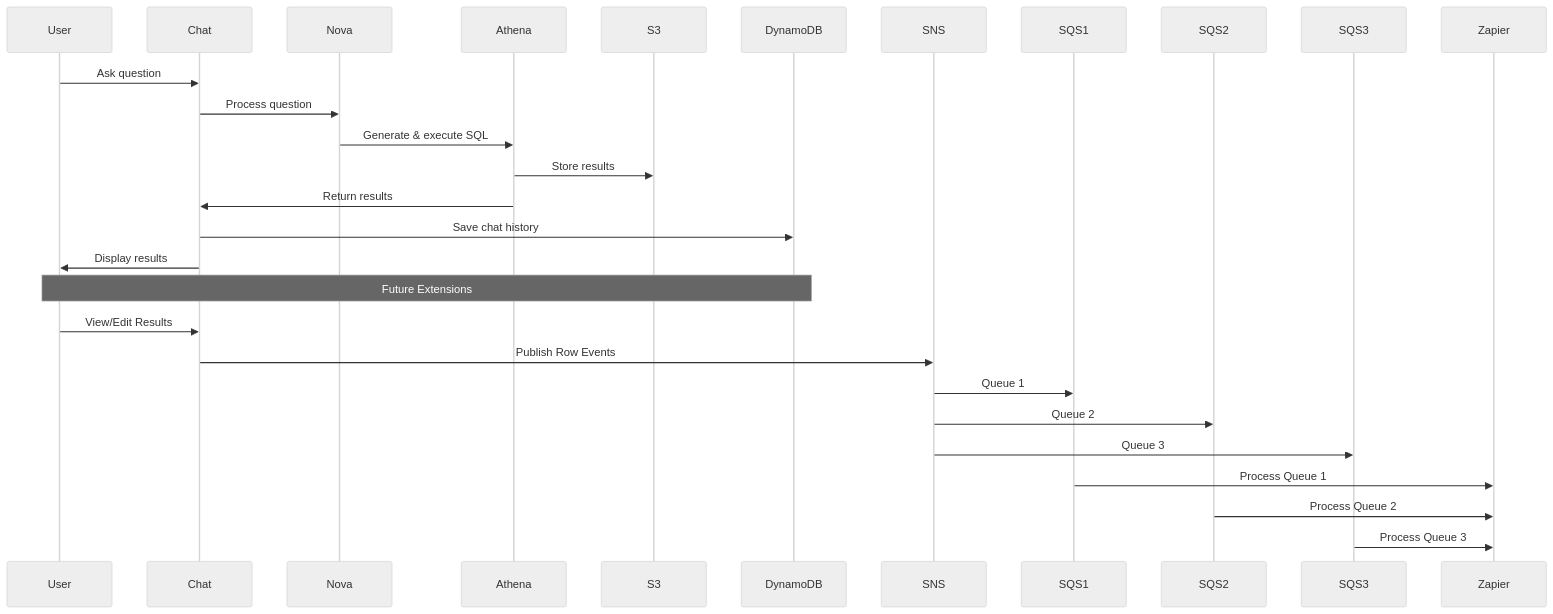
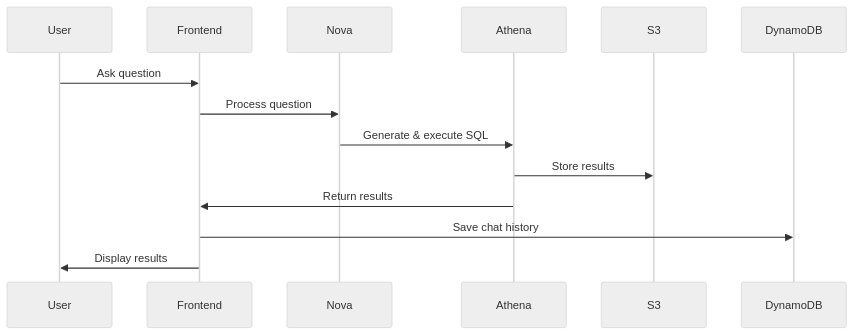
One commit to richardstanley/aws-bedrock changed the eighth of 8 diagrams in PROPOSAL.md. Above: the diagram before and after it, drawn with Mermaid (neutral theme). The commit also changed other lines of this file and 2 other files, not shown here.

````diff
--- a/PROPOSAL.md
+++ b/PROPOSAL.md
@@ -28,27 +294,17 @@
 ```mermaid
 sequenceDiagram
     participant User
-    participant Chat
+    participant Frontend
     participant Nova
     participant Athena
     participant S3
     participant DynamoDB
 
-    User->>Chat: Ask question
-    Chat->>Nova: Process question
+    User->>Frontend: Ask question
+    Frontend->>Nova: Process question
     Nova->>Athena: Generate & execute SQL
     Athena->>S3: Store results
-    Athena->>Chat: Return results
-    Chat->>DynamoDB: Save chat history
-    Chat->>User: Display results
-
-    Note over User, DynamoDB: Future Extensions
-    User->>Chat: View/Edit Results
-    Chat->>SNS: Publish Row Events
-    SNS->>SQS1: Queue 1
-    SNS->>SQS2: Queue 2
-    SNS->>SQS3: Queue 3
-    SQS1->>Zapier: Process Queue 1
-    SQS2->>Zapier: Process Queue 2
-    SQS3->>Zapier: Process Queue 3
+    Athena->>Frontend: Return results
+    Frontend->>DynamoDB: Save chat history
+    Frontend->>User: Display results
 ```
````
